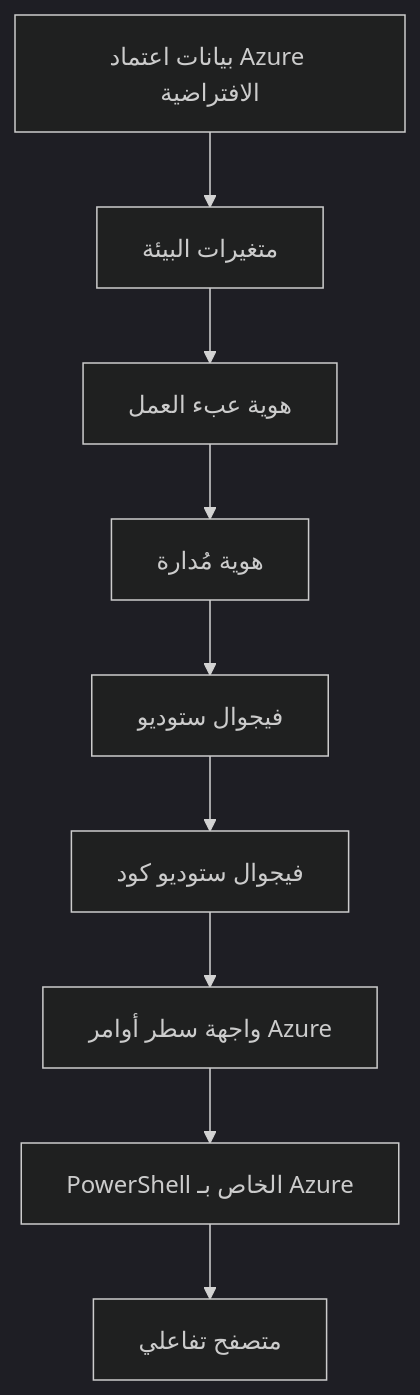
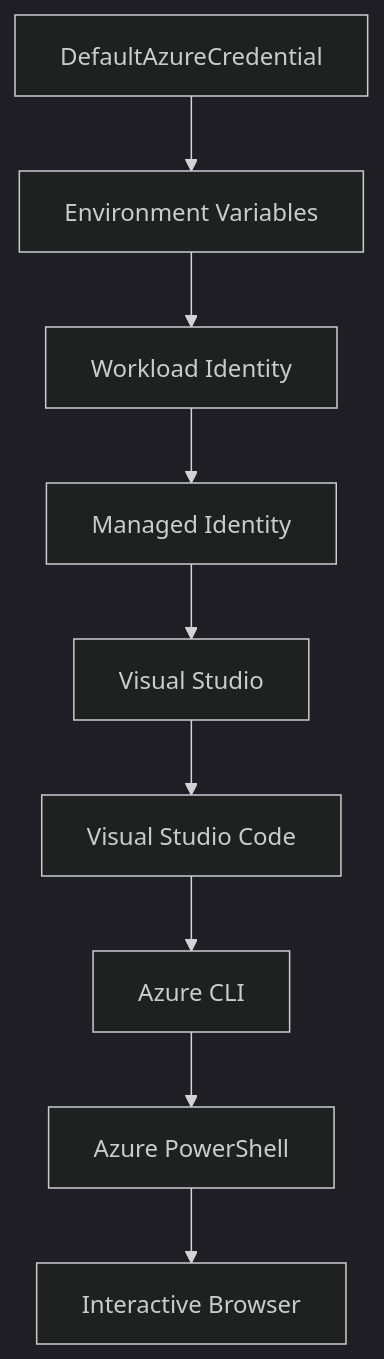
The second of 2 diagrams in translations/ar/docs/chapter-01-foundation/azd-basics.md (microsoft/AZD-for-beginners), drawn with Mermaid (dark theme) before and after one commit. The commit also changed other lines of this file and 168 other files, not shown here.

````diff
--- a/translations/ar/docs/chapter-01-foundation/azd-basics.md
+++ b/translations/ar/docs/chapter-01-foundation/azd-basics.md
@@ -608,11 +616,11 @@
 ```mermaid
 graph TD
-    A[بيانات اعتماد Azure الافتراضية] --> B[متغيرات البيئة]
-    B --> C[هوية عبء العمل]
-    C --> D[هوية مُدارة]
-    D --> E[فيجوال ستوديو]
-    E --> F[فيجوال ستوديو كود]
-    F --> G[واجهة سطر أوامر Azure]
-    G --> H[PowerShell الخاص بـ Azure]
-    H --> I[متصفح تفاعلي]
+    A[DefaultAzureCredential] --> B[Environment Variables]
+    B --> C[Workload Identity]
+    C --> D[Managed Identity]
+    D --> E[Visual Studio]
+    E --> F[Visual Studio Code]
+    F --> G[Azure CLI]
+    G --> H[Azure PowerShell]
+    H --> I[Interactive Browser]
 ```
````
